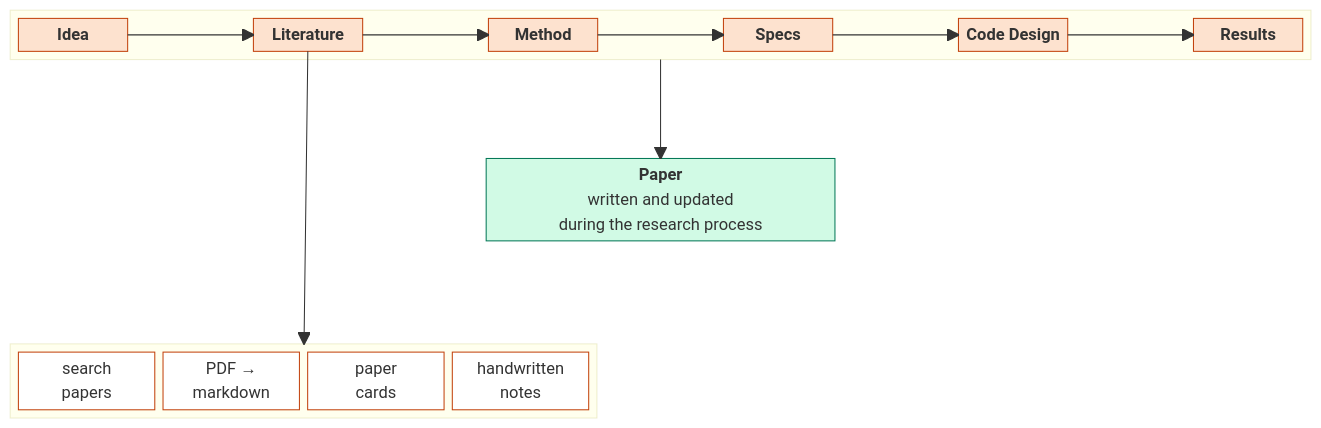
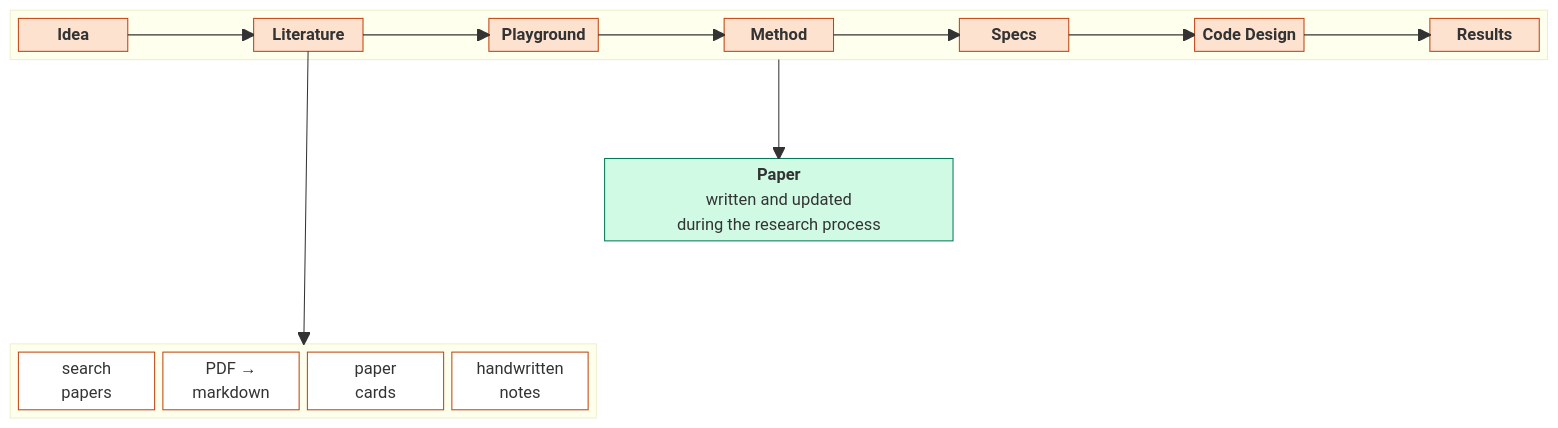
The diagram in README.md (LeonardoSani/OmniFrame), drawn with Mermaid before and after one commit. The commit also changed other lines of this file and 48 other files, not shown here.

Commit message:
Playground: 2_Playground/ and MYPROJ_Playground/ (own uv project) between Literature and Idea; later areas renumbered

````diff
--- a/README.md
+++ b/README.md
@@ -12,30 +12,31 @@
 ```mermaid
 block-beta
-  columns 11
-  block:ROW:11
-    I["<b>Idea</b>"] space L["<b>Literature</b>"] space M["<b>Method</b>"] space S["<b>Specs</b>"] space C["<b>Code Design</b>"] space R["<b>Results</b>"]
+  columns 13
+  block:ROW:13
+    I["<b>Idea</b>"] space L["<b>Literature</b>"] space G["<b>Playground</b>"] space M["<b>Method</b>"] space S["<b>Specs</b>"] space C["<b>Code Design</b>"] space R["<b>Results</b>"]
   end
-  space:11
-  space:4 P["<b>Paper</b><br/>written and updated<br/>during the research process"]:3 space:4
-  space:11
+  space:13
+  space:5 P["<b>Paper</b><br/>written and updated<br/>during the research process"]:3 space:5
+  space:13
   block:LD:5
     columns 4
     e1["search<br/>papers"] e2["PDF →<br/>markdown"] e3["paper<br/>cards"] e4["handwritten<br/>notes"]
   end
-  space:6
+  space:8
 
   I --> L
-  L --> M
+  L --> G
+  G --> M
   M --> S
   S --> C
   C --> R
   ROW --> P
   L --> LD
 
   classDef step fill:#fde2cf,stroke:#c2410c,color:#111
   classDef paper fill:#d1fae5,stroke:#047857,color:#111
   classDef zoom fill:#fff,stroke:#c2410c,color:#111
-  class I,L,M,S,C,R step
+  class I,L,G,M,S,C,R step
   class P paper
   class e1,e2,e3,e4 zoom
 ```
````
